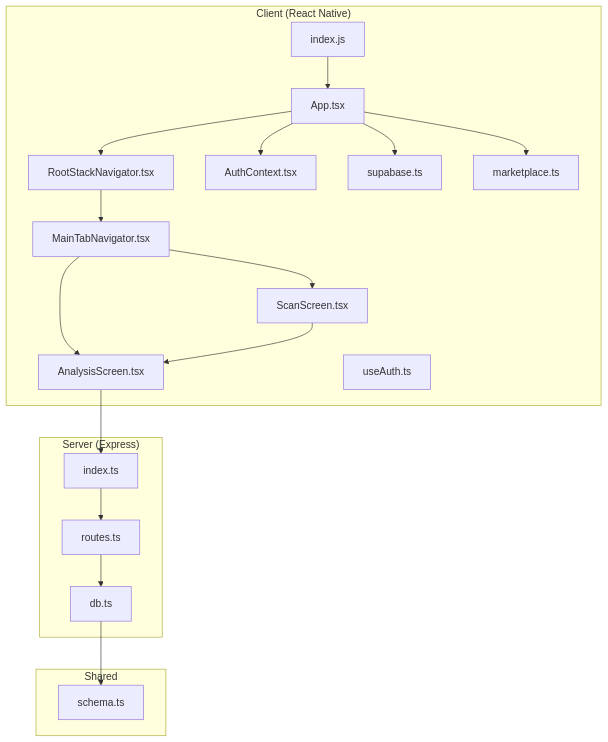
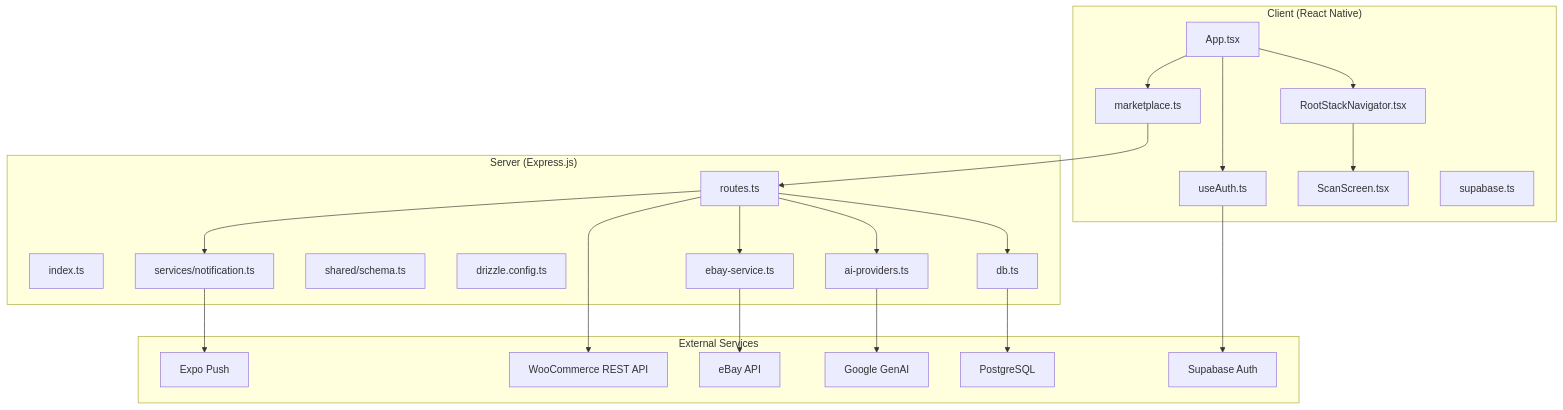
The first of 10 diagrams in .qoder/repowiki/en/content/Architecture Overview/Architecture Overview.md (hunglevi87/Hidden-Gem), drawn with Mermaid before and after one commit. The commit also changed other lines of this file and 99 other files, not shown here.

````diff
--- a/.qoder/repowiki/en/content/Architecture Overview/Architecture Overview.md
+++ b/.qoder/repowiki/en/content/Architecture Overview/Architecture Overview.md
@@ -39,36 +52,44 @@
 ```mermaid
 graph TB
 subgraph "Client (React Native)"
-A_App["App.tsx"]
-A_Index["index.js"]
-A_Nav["RootStackNavigator.tsx"]
-A_Tab["MainTabNavigator.tsx"]
-A_Scan["ScanScreen.tsx"]
-A_Analysis["AnalysisScreen.tsx"]
-A_AuthCtx["AuthContext.tsx"]
-A_UseAuth["useAuth.ts"]
-A_Supabase["supabase.ts"]
-A_Marketplace["marketplace.ts"]
+RN_App["App.tsx"]
+Nav["RootStackNavigator.tsx"]
+Scan["ScanScreen.tsx"]
+Auth["useAuth.ts"]
+Supabase["supabase.ts"]
+Market["marketplace.ts"]
 end
-subgraph "Server (Express)"
-S_Index["index.ts"]
-S_Routes["routes.ts"]
-S_DB["db.ts"]
+subgraph "Server (Express.js)"
+Express["index.ts"]
+Routes["routes.ts"]
+DB["db.ts"]
+Schema["shared/schema.ts"]
+DrizzleCfg["drizzle.config.ts"]
+AI["ai-providers.ts"]
+eBay["ebay-service.ts"]
+Notif["services/notification.ts"]
 end
-subgraph "Shared"
-SH_Schema["schema.ts"]
+subgraph "External Services"
+Postgres["PostgreSQL"]
+SupabaseExt["Supabase Auth"]
+ExpoPush["Expo Push"]
+eBayAPI["eBay API"]
+WC["WooCommerce REST API"]
+Gemini["Google GenAI"]
 end
-A_Index --> A_App
-A_App --> A_AuthCtx
-A_App --> A_Nav
-A_Nav --> A_Tab
-A_Tab --> A_Scan
-A_Tab --> A_Analysis
-A_App --> A_Supabase
-A_App --> A_Marketplace
-A_Scan --> A_Analysis
-A_Analysis --> S_Index
-S_Index --> S_Routes
-S_Routes --> S_DB
-S_DB --> SH_Schema
+RN_App --> Nav
+RN_App --> Auth
+RN_App --> Market
+Nav --> Scan
+Market --> Routes
+Auth --> SupabaseExt
+Routes --> DB
+DB --> Postgres
+Routes --> AI
+AI --> Gemini
+Routes --> eBay
+eBay --> eBayAPI
+Routes --> WC
+Routes --> Notif
+Notif --> ExpoPush
 ```
````
